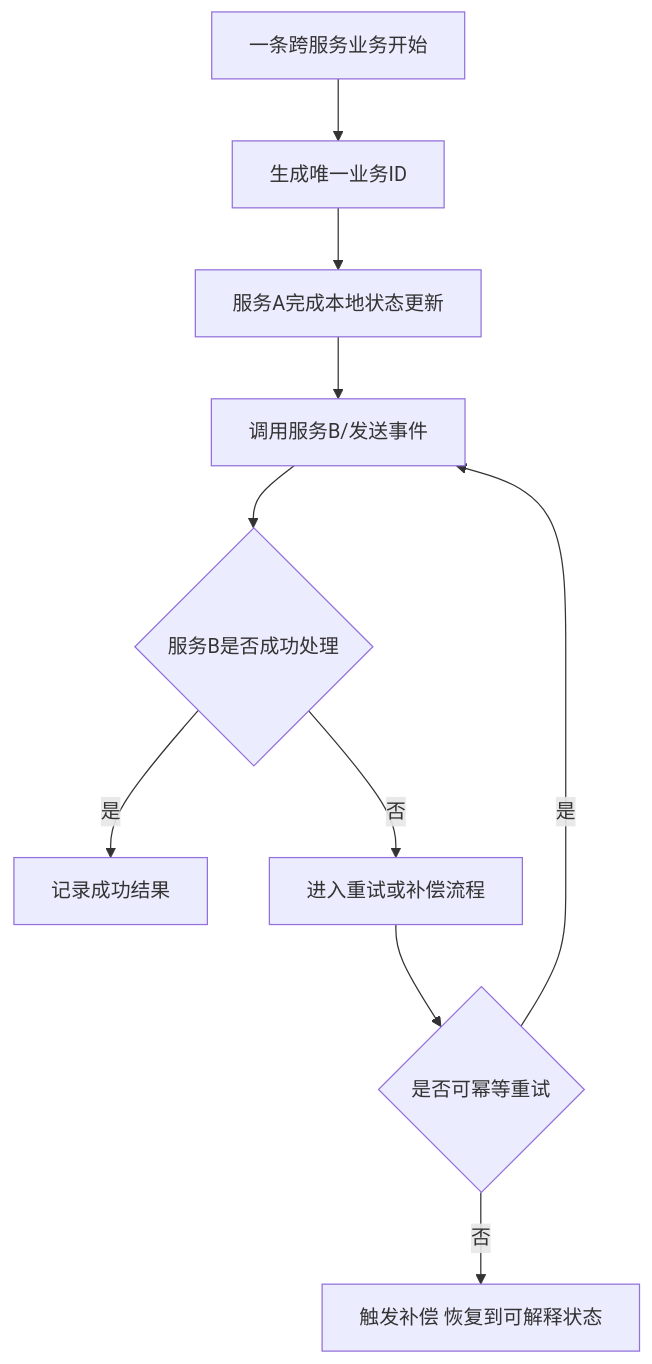
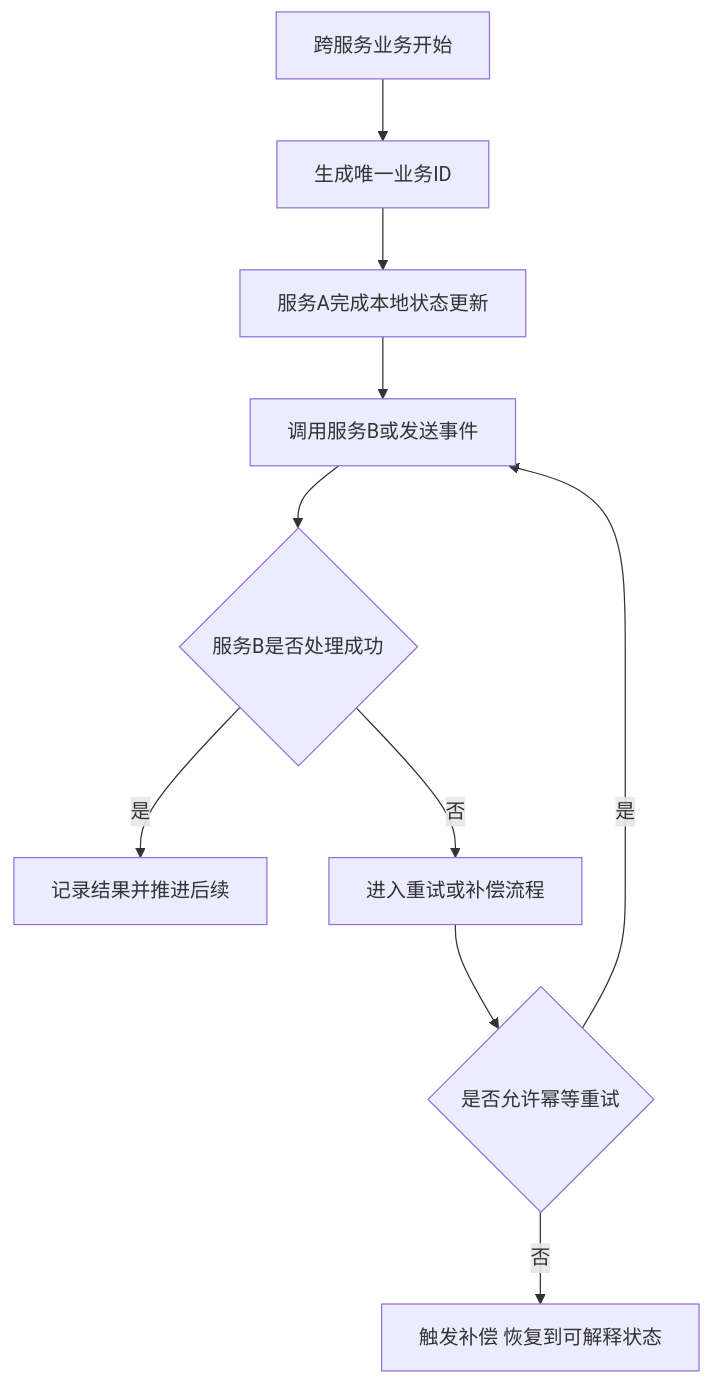
Before and after one commit to cuihairu/hello-game: the diagram in src/06-services-control-plane/05.md, drawn with Mermaid. The commit also changed other lines of this file and 72 other files, not shown here.

Commit message:
docs: rewrite core architecture chapters

````diff
--- a/src/06-services-control-plane/05.md
+++ b/src/06-services-control-plane/05.md
@@ -103,12 +103,12 @@
 ```mermaid
 flowchart TD
-    A[一条跨服务业务开始] --> B[生成唯一业务ID]
+    A[跨服务业务开始] --> B[生成唯一业务ID]
     B --> C[服务A完成本地状态更新]
-    C --> D[调用服务B/发送事件]
-    D --> E{服务B是否成功处理}
-    E -->|是| F[记录成功结果]
+    C --> D[调用服务B或发送事件]
+    D --> E{服务B是否处理成功}
+    E -->|是| F[记录结果并推进后续]
     E -->|否| G[进入重试或补偿流程]
-    G --> H{是否可幂等重试}
+    G --> H{是否允许幂等重试}
     H -->|是| D
     H -->|否| I[触发补偿 恢复到可解释状态]
 ```
````
